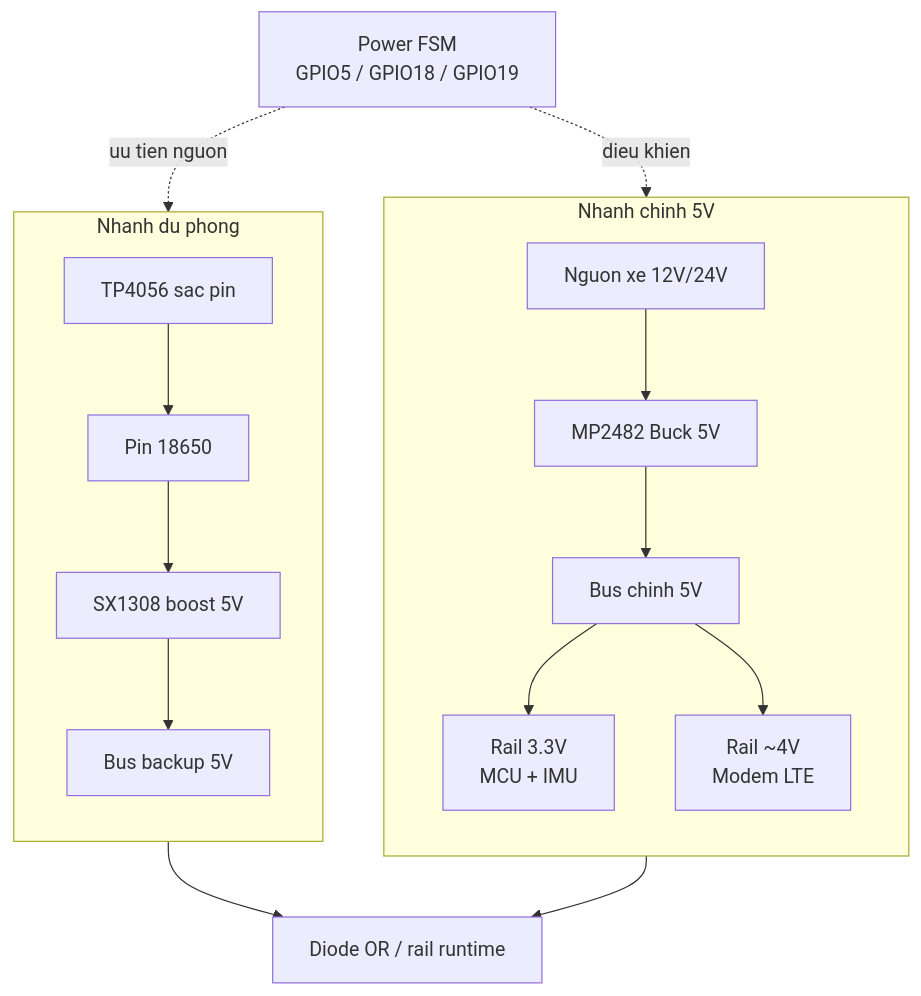
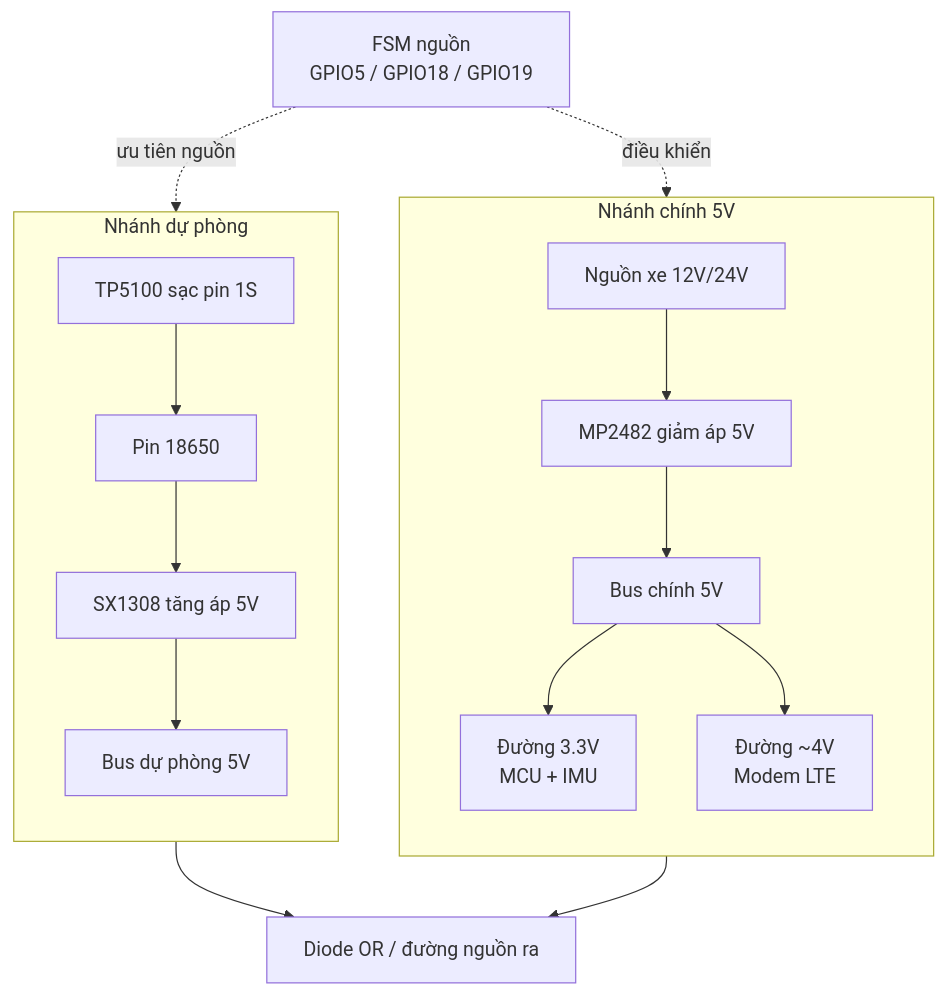
One commit to anmh1205/IoT_Vehicle_Tracking_System changed the diagram in resources/reports/thesis/final/assets/uml/03-chuong-3-giai-phap-phan-cung-hinh-3-4a.mmd. Above: the diagram before and after it, drawn with Mermaid. The commit also changed 770 other files, not shown here.

```diff
--- a/resources/reports/thesis/final/assets/uml/03-chuong-3-giai-phap-phan-cung-hinh-3-4a.mmd
+++ b/resources/reports/thesis/final/assets/uml/03-chuong-3-giai-phap-phan-cung-hinh-3-4a.mmd
@@ -1,30 +1,30 @@
 flowchart TB
-    Fsm["Power FSM<br/>GPIO5 / GPIO18 / GPIO19"]
+    Fsm["FSM nguồn<br/>GPIO5 / GPIO18 / GPIO19"]
 
-    subgraph MainRail["Nhanh chinh 5V"]
+    subgraph MainRail["Nhánh chính 5V"]
         direction TB
-        Vin["Nguon xe 12V/24V"]
-        Buck["MP2482 Buck 5V"]
-        MainBus["Bus chinh 5V"]
-        Rail33["Rail 3.3V<br/>MCU + IMU"]
-        Rail4["Rail ~4V<br/>Modem LTE"]
+        Vin["Nguồn xe 12V/24V"]
+        Buck["MP2482 giảm áp 5V"]
+        MainBus["Bus chính 5V"]
+        Rail33["Đường 3.3V<br/>MCU + IMU"]
+        Rail4["Đường ~4V<br/>Modem LTE"]
         Vin --> Buck --> MainBus
         MainBus --> Rail33
         MainBus --> Rail4
     end
 
-    subgraph BackupRail["Nhanh du phong"]
+    subgraph BackupRail["Nhánh dự phòng"]
         direction TB
-        Charge["TP4056 sac pin"]
+        Charge["TP5100 sạc pin 1S"]
         Cell["Pin 18650"]
-        Boost["SX1308 boost 5V"]
-        BackupBus["Bus backup 5V"]
+        Boost["SX1308 tăng áp 5V"]
+        BackupBus["Bus dự phòng 5V"]
         Charge --> Cell --> Boost --> BackupBus
     end
 
-    Or["Diode OR / rail runtime"]
+    Or["Diode OR / đường nguồn ra"]
 
-    Fsm -. dieu khien .-> Buck
-    Fsm -. uu tien nguon .-> BackupBus
+    Fsm -. điều khiển .-> Buck
+    Fsm -. ưu tiên nguồn .-> BackupBus
     MainBus --> Or
     BackupBus --> Or
```
